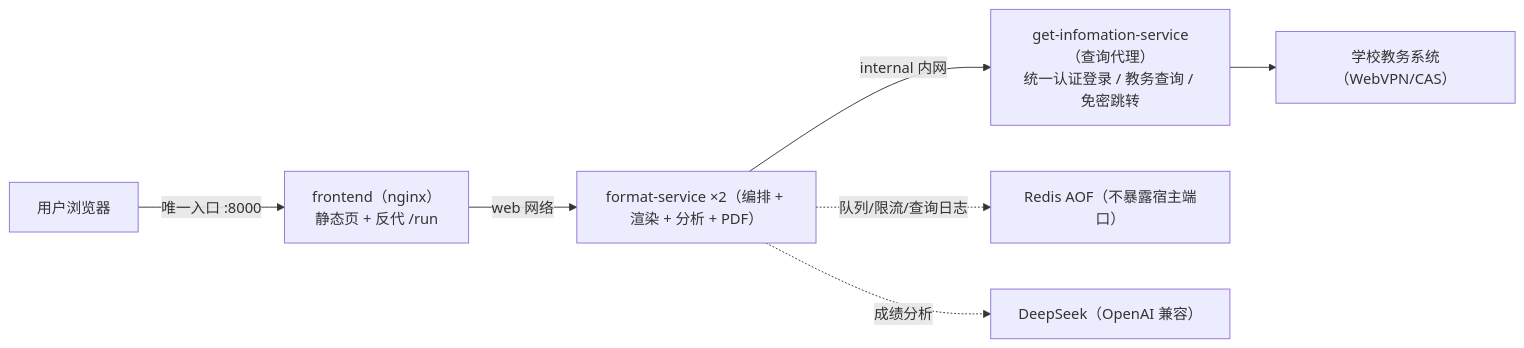
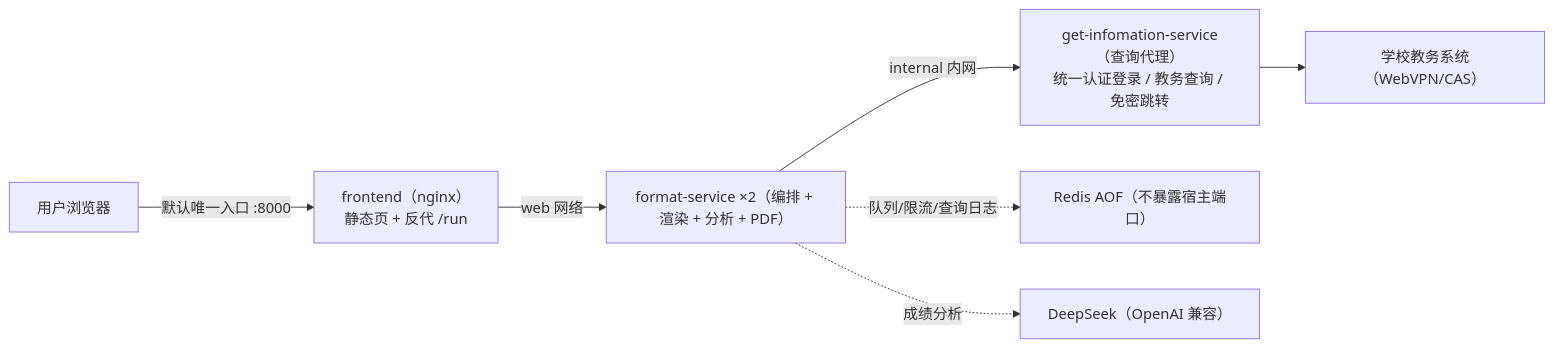
Before and after one commit to Lzf07123/Stpt-Query: the diagram in README.md, drawn with Mermaid. The commit also changed other lines of this file and 5 other files, not shown here.

````diff
--- a/README.md
+++ b/README.md
@@ -63,9 +63,9 @@
 ```mermaid
 flowchart LR
-    U[用户浏览器] -->|唯一入口 :8000| F["frontend（nginx）<br/>静态页 + 反代 /run"]
+    U[用户浏览器] -->|默认唯一入口 :8000| F["frontend（nginx）<br/>静态页 + 反代 /run"]
     F -->|web 网络| S["format-service ×2（编排 + 渲染 + 分析 + PDF）"]
     S -->|internal 内网| G["get-infomation-service（查询代理）<br/>统一认证登录 / 教务查询 / 免密跳转"]
     S -.队列/限流/查询日志.-> R["Redis AOF（不暴露宿主端口）"]
     S -.成绩分析.-> L["DeepSeek（OpenAI 兼容）"]
     G --> U2["学校教务系统（WebVPN/CAS）"]
 ```
````
